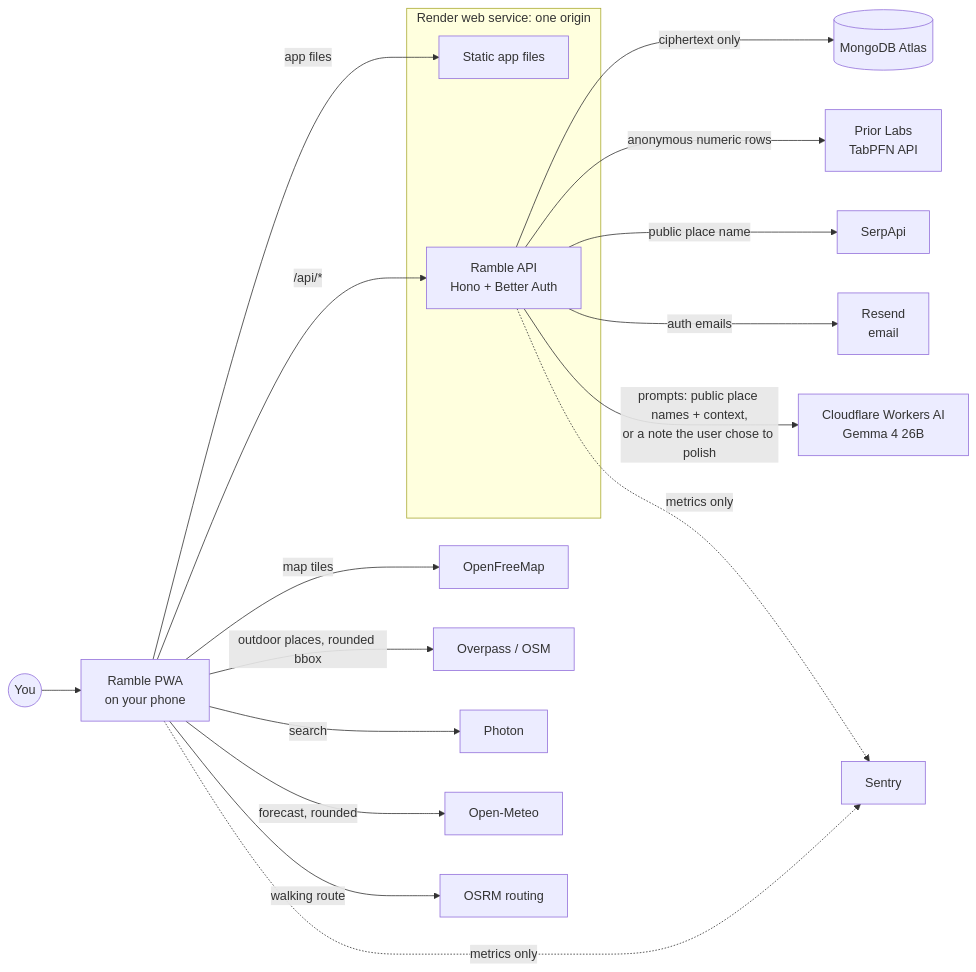
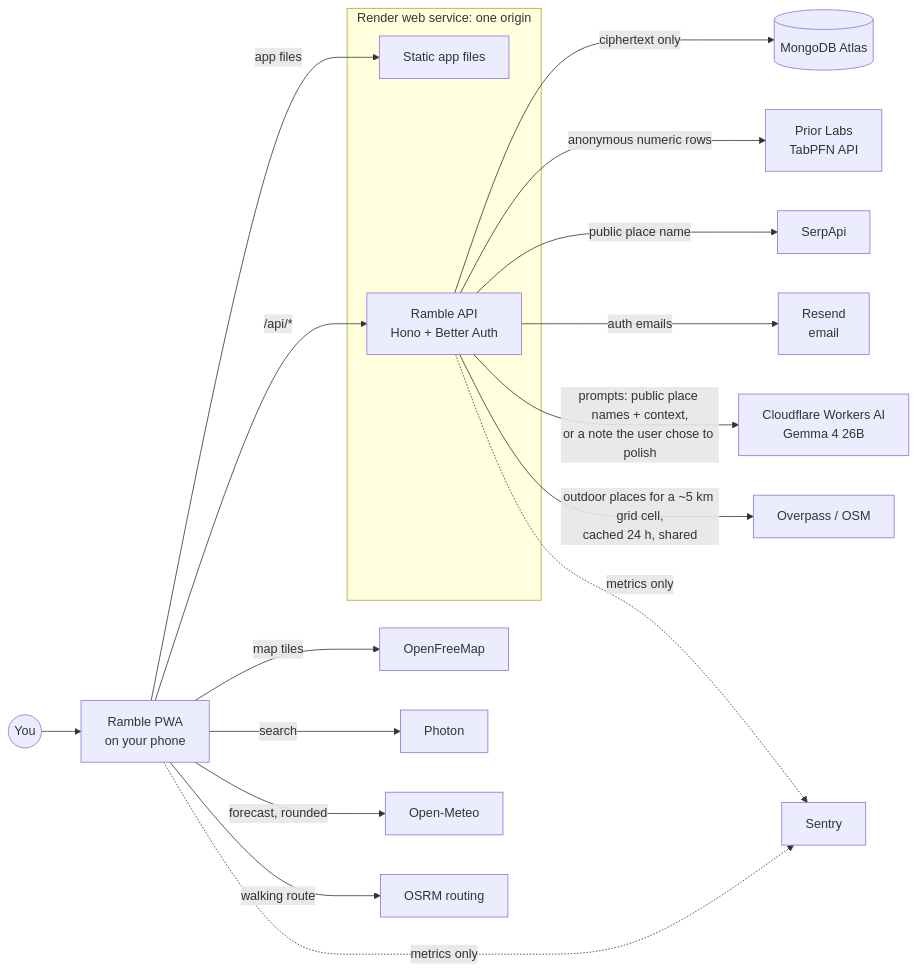
The first of 9 diagrams in docs/ARCHITECTURE.md (harshitaphadtare/Ramble), drawn with Mermaid before and after one commit. The commit also changed other lines of this file and 23 other files, not shown here.

````diff
--- a/docs/ARCHITECTURE.md
+++ b/docs/ARCHITECTURE.md
@@ -61,25 +61,25 @@
 ```mermaid
 flowchart LR
     U((You)) --> PWA[Ramble PWA<br/>on your phone]
 
     subgraph Render[Render web service: one origin]
         WEB[Static app files]
         API[Ramble API<br/>Hono + Better Auth]
     end
 
     PWA -- app files --> WEB
     PWA -- /api/* --> API
     API -- ciphertext only --> MDB[(MongoDB Atlas)]
     API -- anonymous numeric rows --> TAB[Prior Labs<br/>TabPFN API]
     API -- public place name --> SERP[SerpApi]
     API -- auth emails --> MAIL[Resend<br/>email]
     API -- prompts: public place names + context,<br/>or a note the user chose to polish --> CF[Cloudflare Workers AI<br/>Gemma 4 26B]
 
     PWA -- map tiles --> OFM[OpenFreeMap]
-    PWA -- outdoor places, rounded bbox --> OVP[Overpass / OSM]
+    API -- outdoor places for a ~5 km grid cell,<br/>cached 24 h, shared --> OVP[Overpass / OSM]
     PWA -- search --> PH[Photon]
     PWA -- forecast, rounded --> OM[Open-Meteo]
     PWA -- walking route --> RT[OSRM routing]
     PWA -. metrics only .-> SE[Sentry]
     API -. metrics only .-> SE
 ```
````
